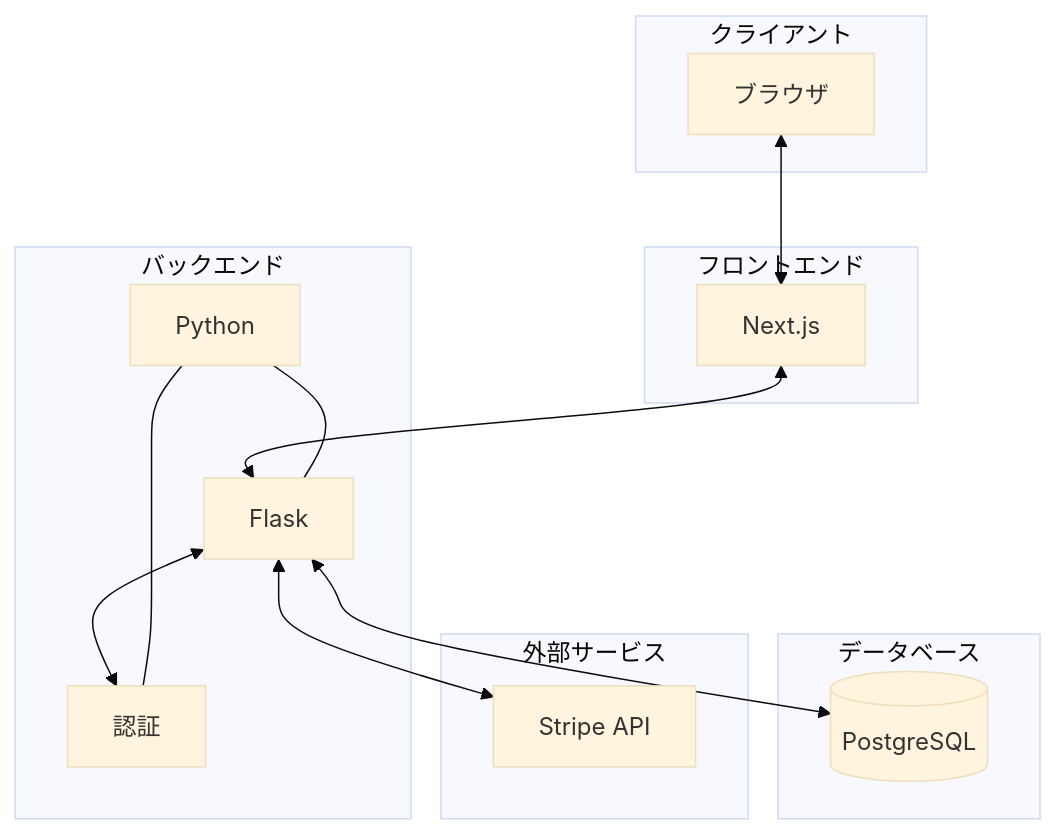
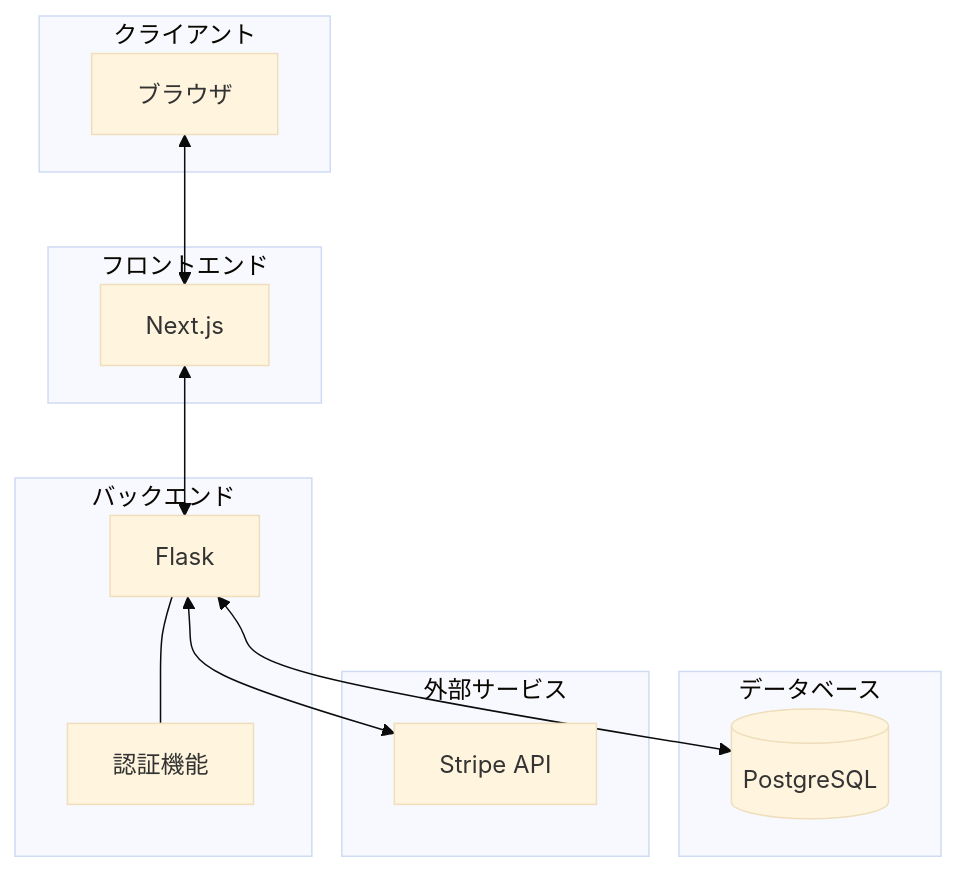
One commit to Yuka-Matsumoto/my-todo-app changed the diagram in アーキテクチャ図.mermaid. Above: the diagram before and after it, drawn with Mermaid (base theme). The commit also changed 1 other file, not shown here.

Commit message:
アーキテクチャ図と説明文の追加

```diff
--- a/アーキテクチャ図.mermaid
+++ b/アーキテクチャ図.mermaid
@@ -1,30 +1,27 @@
 graph TB
     subgraph "クライアント"
         A[ブラウザ]
     end
 
     subgraph "フロントエンド"
         B[Next.js]
     end
 
     subgraph "バックエンド"
         C[Flask]
-        D[認証]
-        G[Python]
+        D[認証機能]
     end
 
     subgraph "データベース"
         E[(PostgreSQL)]
     end
 
     subgraph "外部サービス"
         F[Stripe API]
     end
 
     A <--> B
     B <--> C
-    C <--> D
+    C --- D
     C <--> E
     C <--> F
-    G --- C
-    G --- D
```
